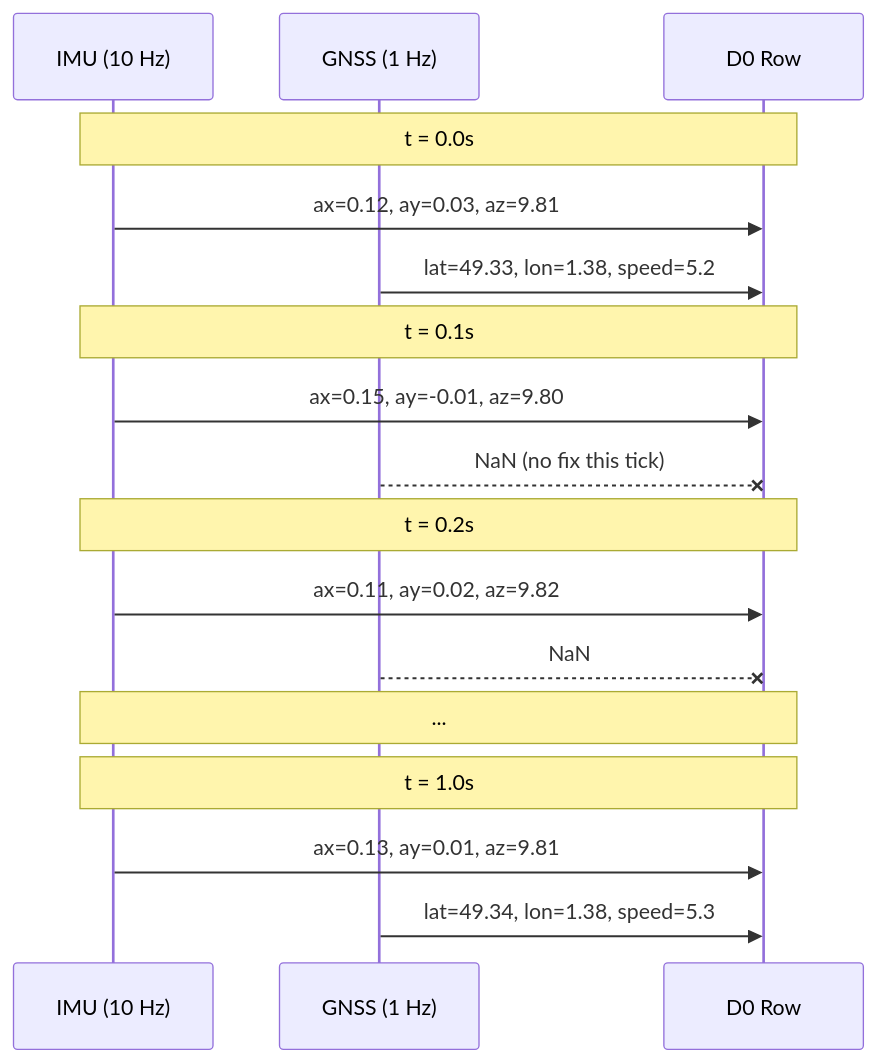
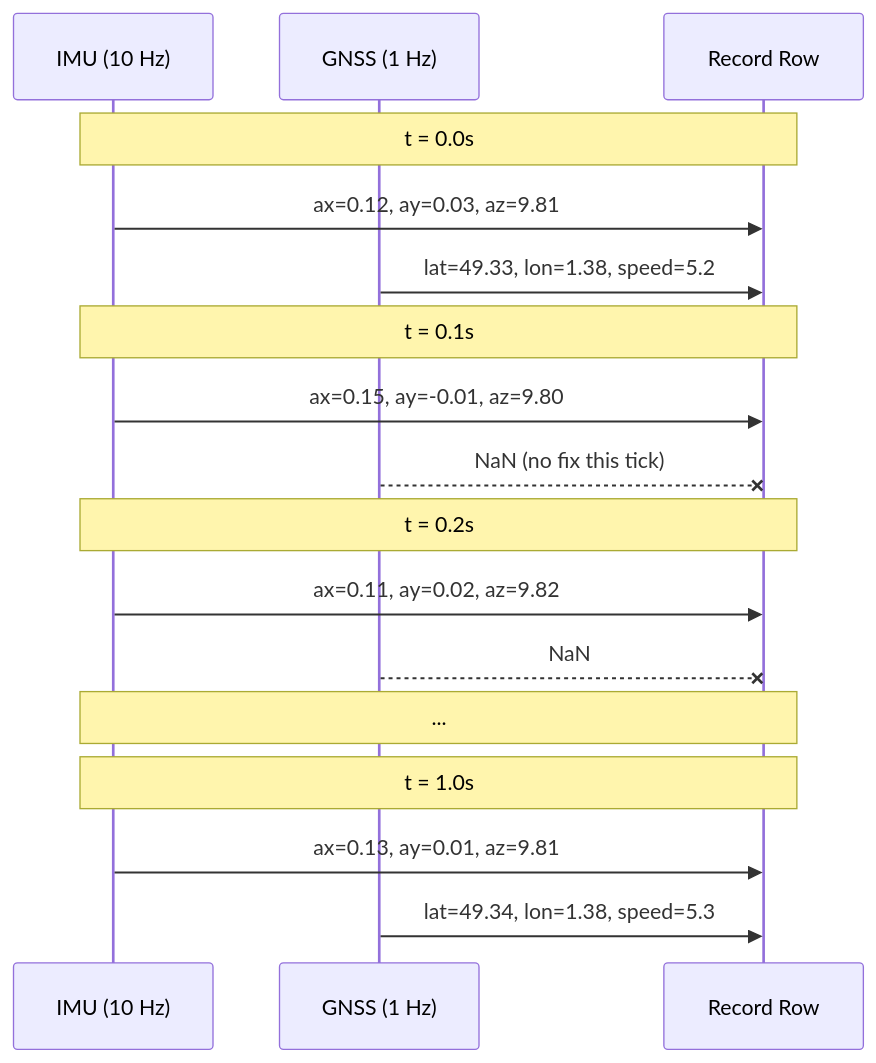
One commit to telemachus3/telemachus changed the fifth of 7 diagrams in spec/SPEC-01-data-layers.md. Above: the diagram before and after it, drawn with Mermaid. The commit also changed other lines of this file and 3 other files, not shown here.

````diff
--- a/spec/SPEC-01-data-layers.md
+++ b/spec/SPEC-01-data-layers.md
@@ -257,24 +240,24 @@
 ```mermaid
 sequenceDiagram
     participant IMU as IMU (10 Hz)
     participant GPS as GNSS (1 Hz)
-    participant D0 as D0 Row
+    participant REC as Record Row
 
-    Note over IMU,D0: t = 0.0s
-    IMU->>D0: ax=0.12, ay=0.03, az=9.81
-    GPS->>D0: lat=49.33, lon=1.38, speed=5.2
+    Note over IMU,REC: t = 0.0s
+    IMU->>REC: ax=0.12, ay=0.03, az=9.81
+    GPS->>REC: lat=49.33, lon=1.38, speed=5.2
 
-    Note over IMU,D0: t = 0.1s
-    IMU->>D0: ax=0.15, ay=-0.01, az=9.80
-    GPS--xD0: NaN (no fix this tick)
+    Note over IMU,REC: t = 0.1s
+    IMU->>REC: ax=0.15, ay=-0.01, az=9.80
+    GPS--xREC: NaN (no fix this tick)
 
-    Note over IMU,D0: t = 0.2s
-    IMU->>D0: ax=0.11, ay=0.02, az=9.82
-    GPS--xD0: NaN
+    Note over IMU,REC: t = 0.2s
+    IMU->>REC: ax=0.11, ay=0.02, az=9.82
+    GPS--xREC: NaN
 
-    Note over IMU,D0: ...
+    Note over IMU,REC: ...
 
-    Note over IMU,D0: t = 1.0s
-    IMU->>D0: ax=0.13, ay=0.01, az=9.81
-    GPS->>D0: lat=49.34, lon=1.38, speed=5.3
+    Note over IMU,REC: t = 1.0s
+    IMU->>REC: ax=0.13, ay=0.01, az=9.81
+    GPS->>REC: lat=49.34, lon=1.38, speed=5.3
 ```
````
